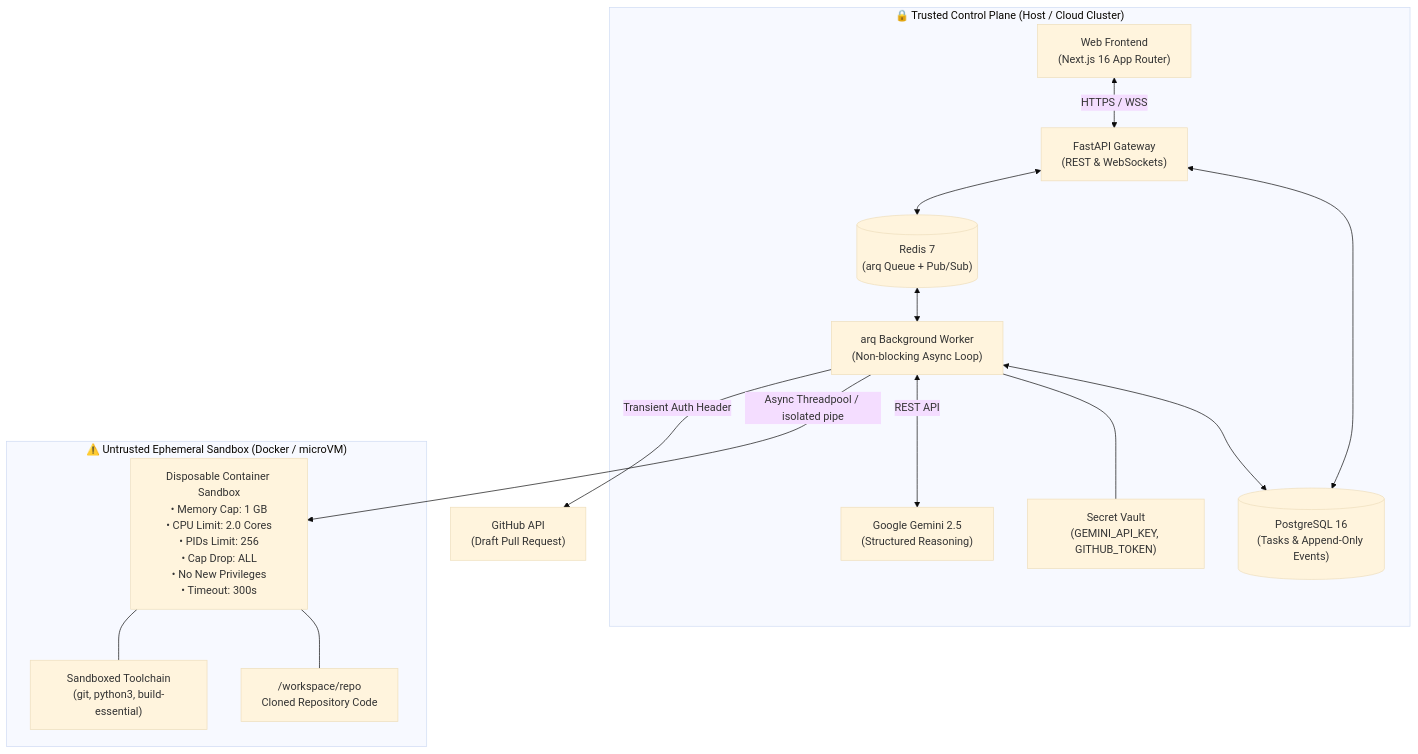
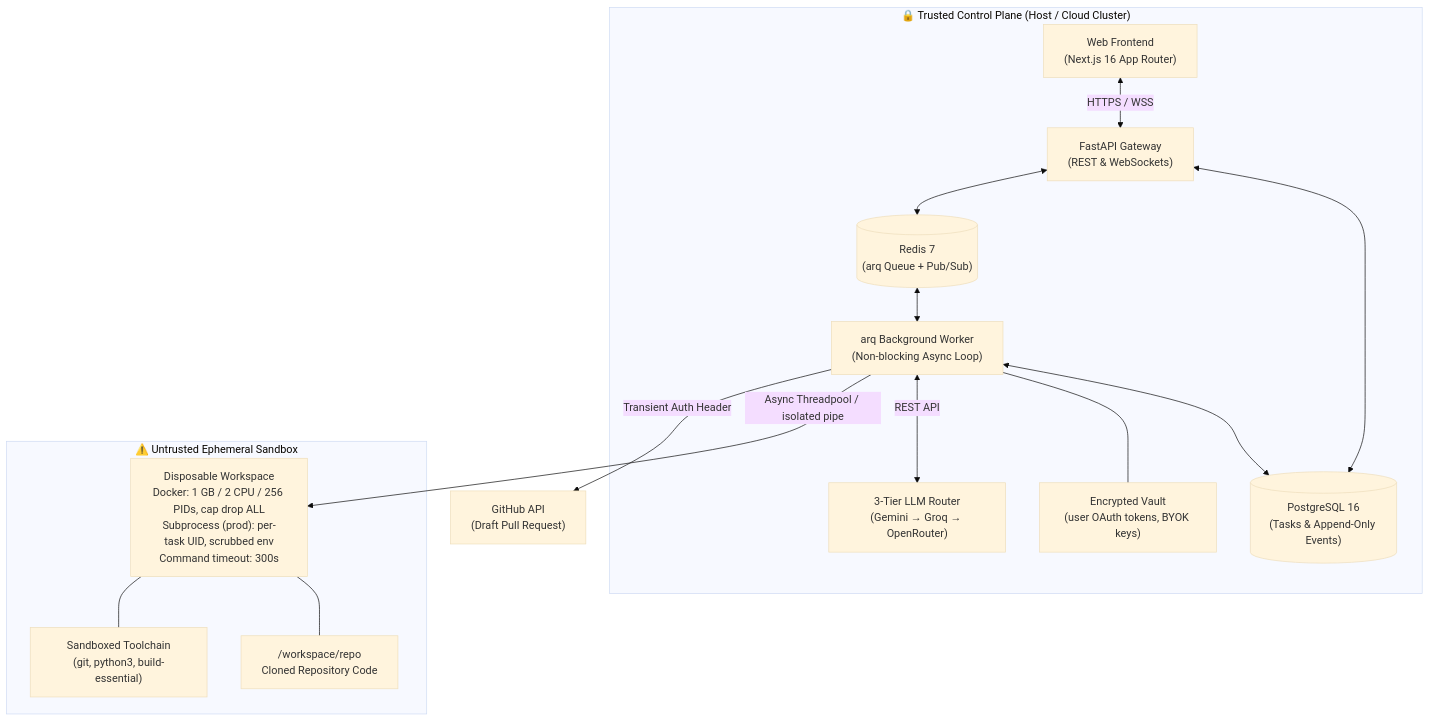
Before and after one commit to anmolsharma152/nimbus: the second of 3 diagrams in README.md, drawn with Mermaid (base theme). The commit also changed other lines of this file and 11 other files, not shown here.

````diff
--- a/README.md
+++ b/README.md
@@ -96,30 +97,30 @@
 ```mermaid
 graph TD
     subgraph Trusted Zone ["🔒 Trusted Control Plane (Host / Cloud Cluster)"]
         UI["Web Frontend\n(Next.js 16 App Router)"]
         API["FastAPI Gateway\n(REST & WebSockets)"]
         DB[("PostgreSQL 16\n(Tasks & Append-Only Events)")]
         Redis[("Redis 7\n(arq Queue + Pub/Sub)")]
         Worker["arq Background Worker\n(Non-blocking Async Loop)"]
-        Secrets["Secret Vault\n(GEMINI_API_KEY, GITHUB_TOKEN)"]
-        LLM["Google Gemini 2.5\n(Structured Reasoning)"]
+        Secrets["Encrypted Vault\n(user OAuth tokens, BYOK keys)"]
+        LLM["3-Tier LLM Router\n(Gemini → Groq → OpenRouter)"]
     end
 
-    subgraph Untrusted Zone ["⚠️ Untrusted Ephemeral Sandbox (Docker / microVM)"]
-        Container["Disposable Container Sandbox\n• Memory Cap: 1 GB\n• CPU Limit: 2.0 Cores\n• PIDs Limit: 256\n• Cap Drop: ALL\n• No New Privileges\n• Timeout: 300s"]
+    subgraph Untrusted Zone ["⚠️ Untrusted Ephemeral Sandbox"]
+        Container["Disposable Workspace\nDocker: 1 GB / 2 CPU / 256 PIDs, cap drop ALL\nSubprocess (prod): per-task UID, scrubbed env\nCommand timeout: 300s"]
         Repo["/workspace/repo\nCloned Repository Code"]
         Tools["Sandboxed Toolchain\n(git, python3, build-essential)"]
     end
 
     UI <-->|HTTPS / WSS| API
     API <--> DB
     API <--> Redis
     Redis <--> Worker
     Worker <--> DB
     Worker --- Secrets
     Worker <-->|REST API| LLM
     Worker -->|Async Threadpool / isolated pipe| Container
     Container --- Repo
     Container --- Tools
     Worker -->|Transient Auth Header| GitHub["GitHub API\n(Draft Pull Request)"]
 ```
````
